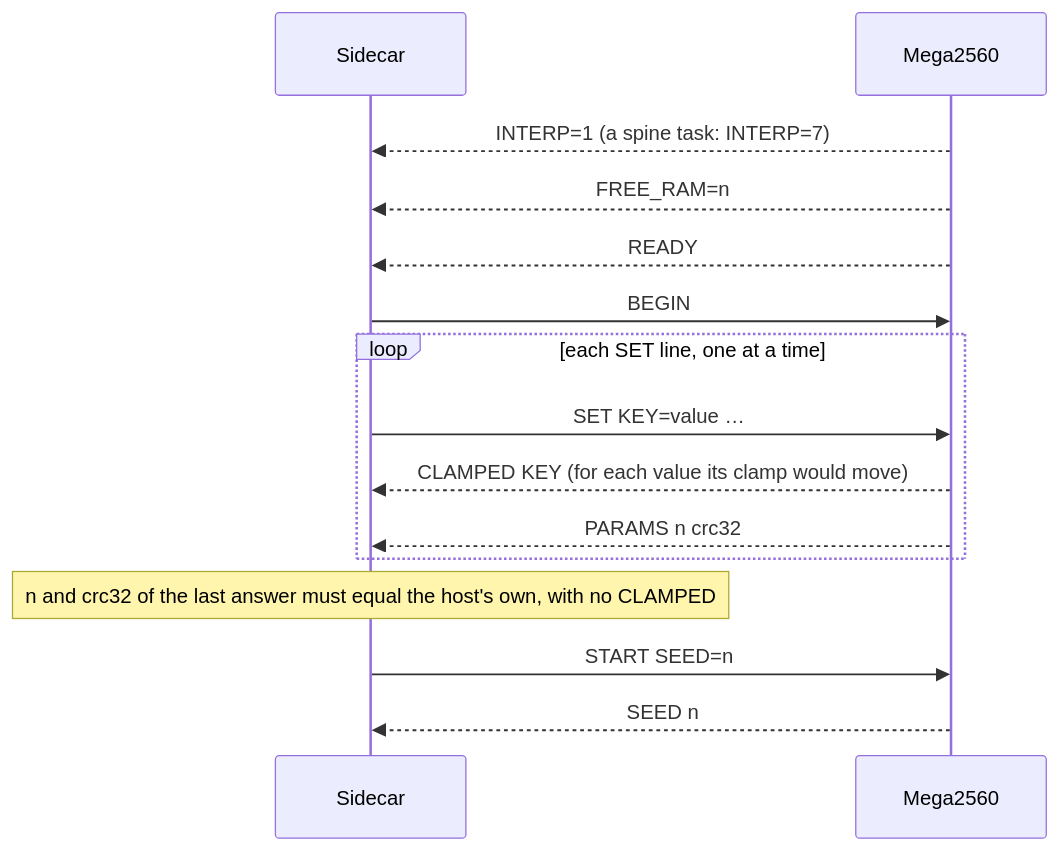
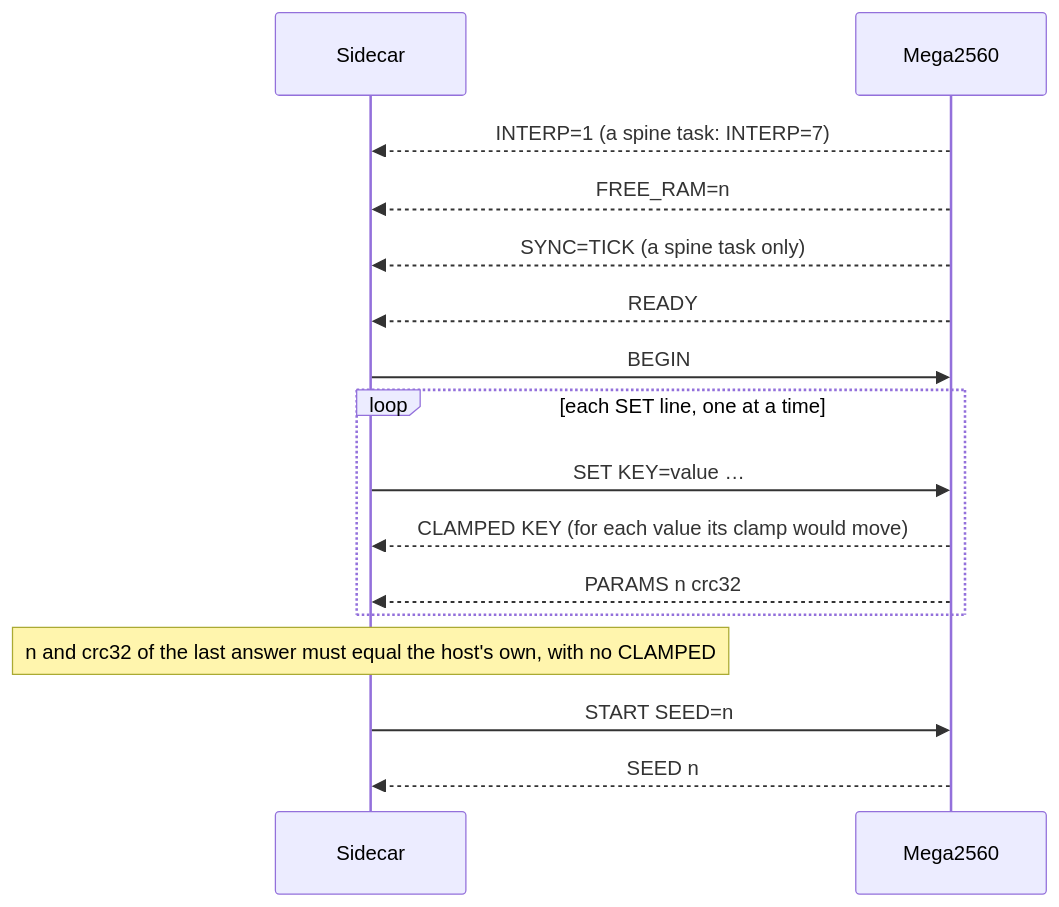
The sixth of 7 diagrams in docs/TASKS.md (Chase-NJ/Ephymeris), drawn with Mermaid before and after one commit. The commit also changed other lines of this file and 23 other files, not shown here.

First line of the commit message:
Pulse the sync line once per tick in spine tasks, never waiting in loop() (#207)

````diff
--- a/docs/TASKS.md
+++ b/docs/TASKS.md
@@ -1332,17 +1333,18 @@
 ```mermaid
 sequenceDiagram
     participant Host as Sidecar
     participant Board as Mega2560
     Board-->>Host: INTERP=1 (a spine task: INTERP=7)
     Board-->>Host: FREE_RAM=n
+    Board-->>Host: SYNC=TICK (a spine task only)
     Board-->>Host: READY
     Host->>Board: BEGIN
     loop each SET line, one at a time
         Host->>Board: SET KEY=value …
         Board-->>Host: CLAMPED KEY (for each value its clamp would move)
         Board-->>Host: PARAMS n crc32
     end
     Note over Host: n and crc32 of the last answer must equal the host's own, with no CLAMPED
     Host->>Board: START SEED=n
     Board-->>Host: SEED n
 ```
````
